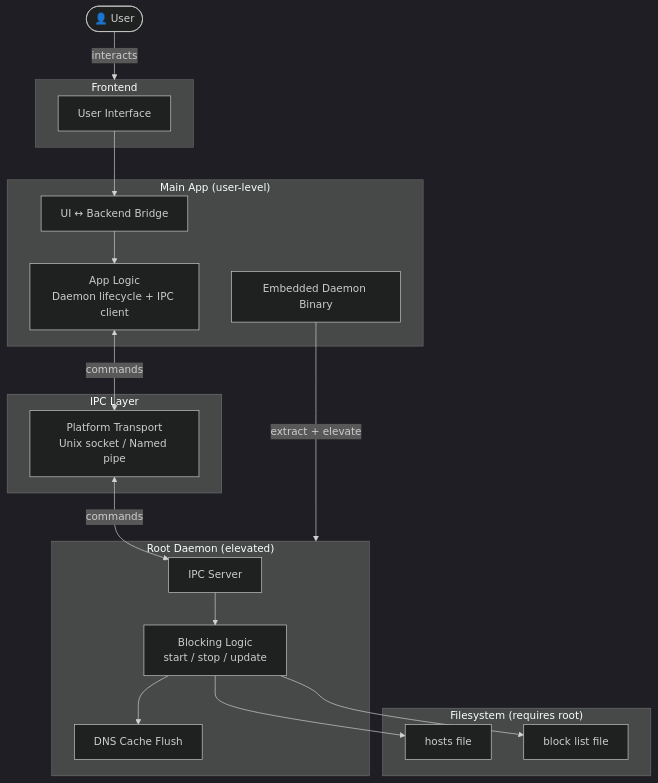
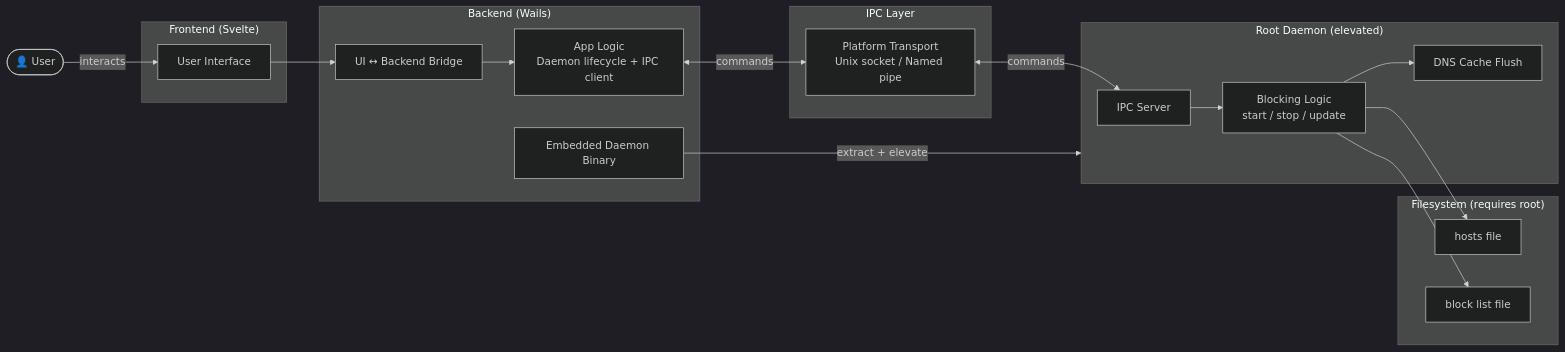
Before and after one commit to tanayseven/free-mind: the first of 2 diagrams in docs/architecture.md, drawn with Mermaid (dark theme). The commit also changed other lines of this file, not shown here.

Commit message:
Improve architecture diagram clarity and layout

````diff
--- a/docs/architecture.md
+++ b/docs/architecture.md
@@ -5,39 +5,39 @@
 ```mermaid
-graph TD
+graph LR
     User(["👤 User"])
 
-    subgraph Frontend["Frontend"]
+    subgraph Frontend["Frontend (Svelte)"]
         UI["User Interface"]
     end
 
-    subgraph MainApp["Main App (user-level)"]
+    subgraph MainApp["Backend (Wails)"]
         Bridge["UI ↔ Backend Bridge"]
-        AppLogic["App Logic\nDaemon lifecycle + IPC client"]
+        AppLogic["App Logic<br/>Daemon lifecycle + IPC client"]
         EmbeddedBin["Embedded Daemon Binary"]
     end
 
     subgraph IPC["IPC Layer"]
-        Transport["Platform Transport\nUnix socket / Named pipe"]
+        Transport["Platform Transport<br/>Unix socket / Named pipe"]
     end
 
     subgraph Daemon["Root Daemon (elevated)"]
         IPCServer["IPC Server"]
-        BlockingLogic["Blocking Logic\nstart / stop / update"]
+        BlockingLogic["Blocking Logic<br/>start / stop / update"]
         DNS["DNS Cache Flush"]
     end
 
     subgraph FS["Filesystem (requires root)"]
         Hosts["hosts file"]
         BlockList["block list file"]
     end
 
-    User -->|interacts| Frontend
+    User -->|interacts| UI
     UI --> Bridge --> AppLogic
     AppLogic <-->|commands| Transport
     Transport <-->|commands| IPCServer
     IPCServer --> BlockingLogic
     BlockingLogic --> Hosts
     BlockingLogic --> BlockList
     BlockingLogic --> DNS
     EmbeddedBin -->|"extract + elevate"| Daemon
 ```
````
